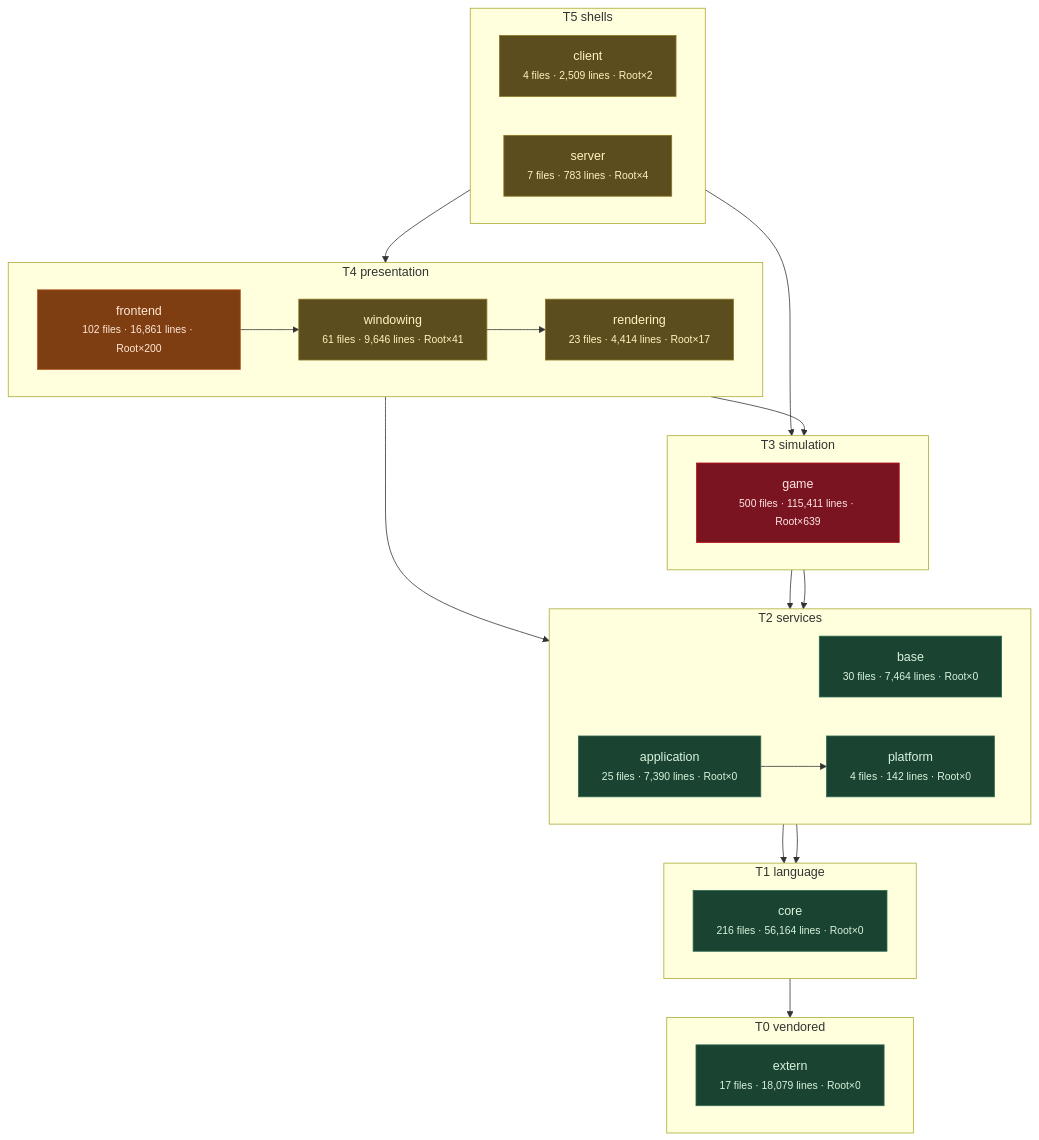
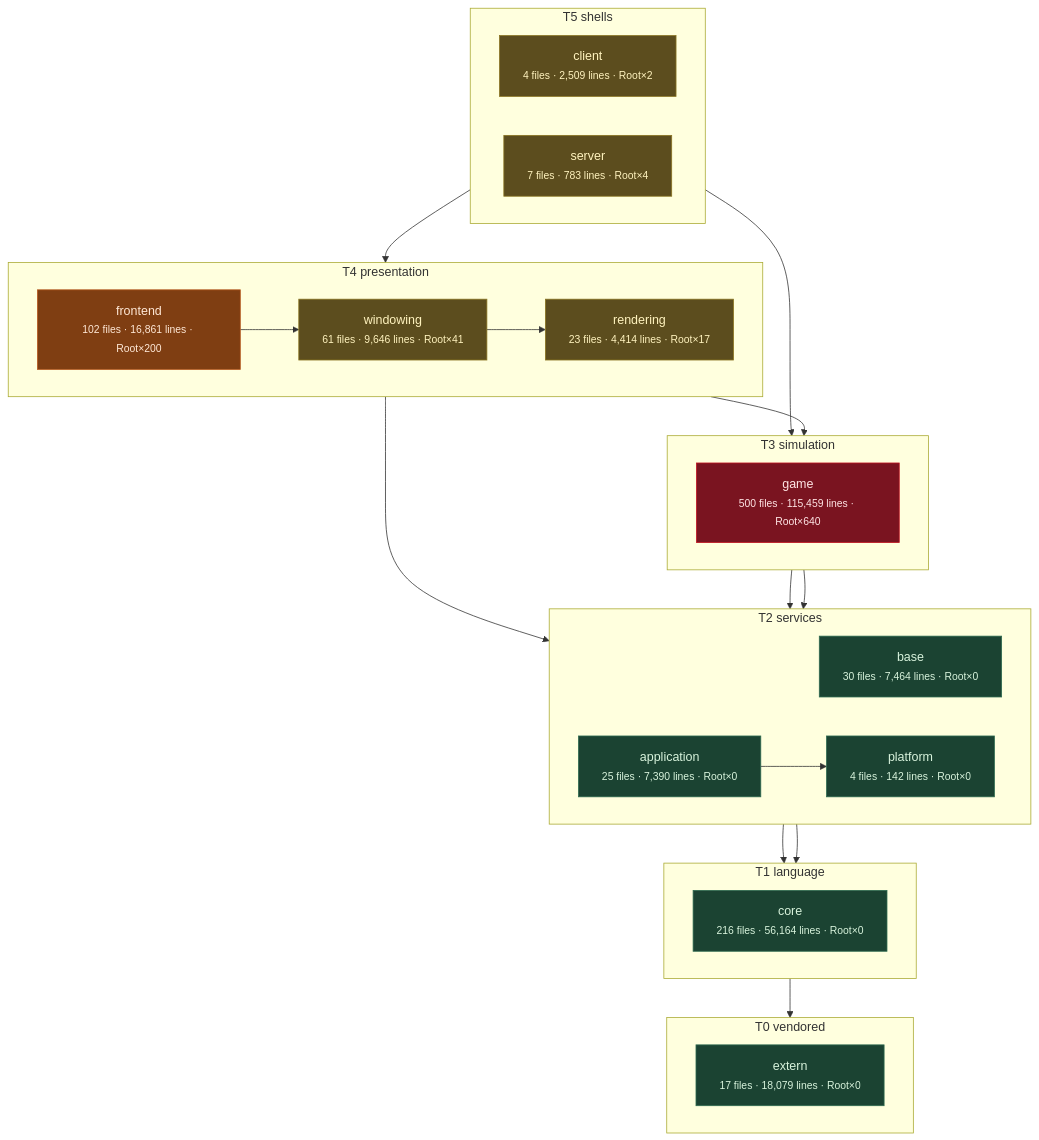
The third of 11 diagrams in docs/architecture/system-boundaries.md (apnex/OpenStarbound), drawn with Mermaid before and after one commit. The commit also changed other lines of this file and 1 other file, not shown here.

````diff
--- a/docs/architecture/system-boundaries.md
+++ b/docs/architecture/system-boundaries.md
@@ -270,52 +270,52 @@
 ```mermaid
 flowchart TD
   subgraph T0["T0 vendored"]
     direction LR
     extern["extern<br/><small>17 files · 18,079 lines · Root×0</small>"]
   end
   subgraph T1["T1 language"]
     direction LR
     core["core<br/><small>216 files · 56,164 lines · Root×0</small>"]
   end
   subgraph T2["T2 services"]
     direction LR
     base["base<br/><small>30 files · 7,464 lines · Root×0</small>"]
     platform["platform<br/><small>4 files · 142 lines · Root×0</small>"]
     application["application<br/><small>25 files · 7,390 lines · Root×0</small>"]
   end
   subgraph T3["T3 simulation"]
     direction LR
-    game["game<br/><small>500 files · 115,411 lines · Root×639</small>"]
+    game["game<br/><small>500 files · 115,459 lines · Root×640</small>"]
   end
   subgraph T4["T4 presentation"]
     direction LR
     rendering["rendering<br/><small>23 files · 4,414 lines · Root×17</small>"]
     windowing["windowing<br/><small>61 files · 9,646 lines · Root×41</small>"]
     frontend["frontend<br/><small>102 files · 16,861 lines · Root×200</small>"]
   end
   subgraph T5["T5 shells"]
     direction LR
     client["client<br/><small>4 files · 2,509 lines · Root×2</small>"]
     server["server<br/><small>7 files · 783 lines · Root×4</small>"]
   end
   core --> extern
   base --> core
   platform --> core
   application --> platform
   game --> base
   game --> platform
   rendering --> application
   rendering --> game
   windowing --> rendering
   frontend --> windowing
   client --> frontend
   server --> game
   classDef clean fill:#1b4332,stroke:#2d6a4f,color:#d8f3dc
   classDef warm  fill:#5c4d1e,stroke:#8a7420,color:#fff3bf
   classDef hot   fill:#7f3e12,stroke:#b5561b,color:#ffe8d6
   classDef blaze fill:#7a1420,stroke:#c1121f,color:#ffe5e5
   class extern,core,base,platform,application clean
   class rendering,windowing,client,server warm
   class frontend hot
   class game blaze
 ```
````
